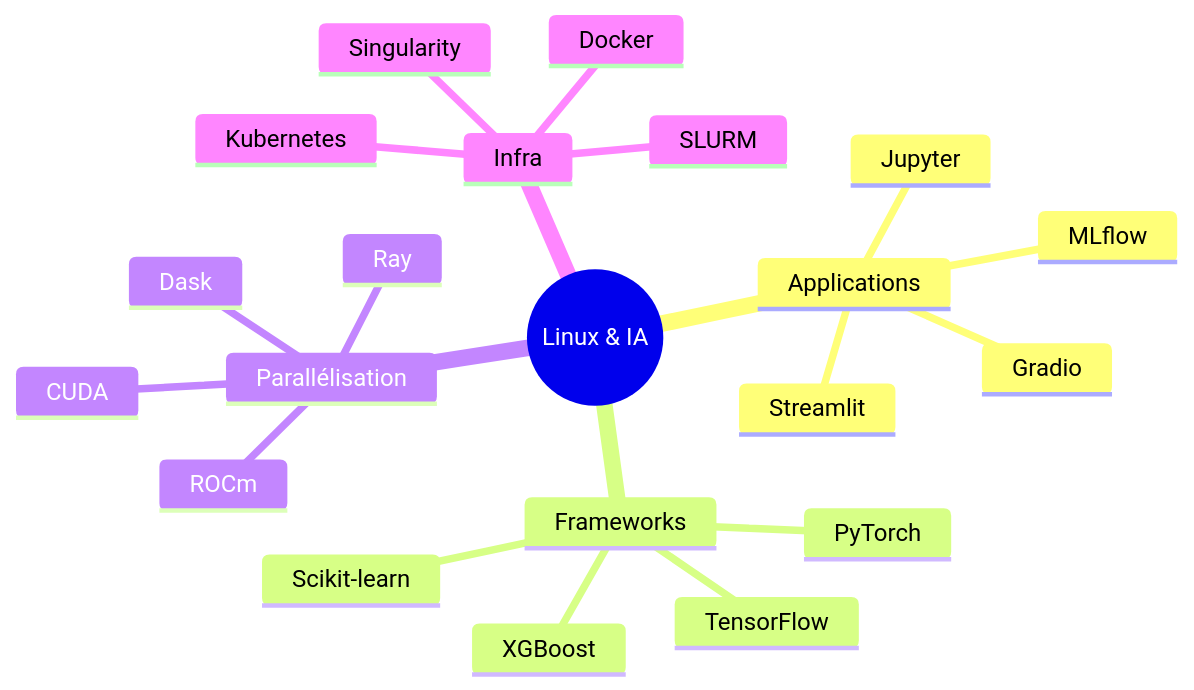
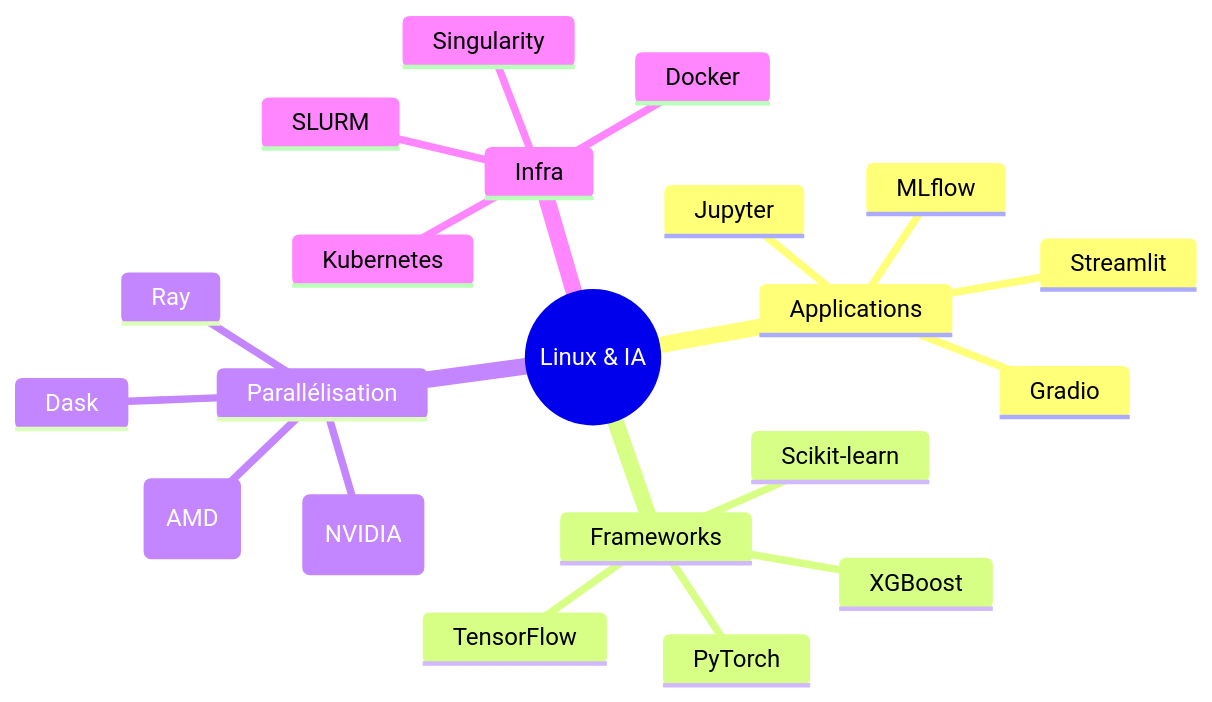
The first of 2 diagrams in 01-mise-en-place-ecosysteme-IA/Module 0 — Introduction à l’écosystème/d.md (haythem-rehouma/G1299), drawn with Mermaid before and after one commit. The commit also changed other lines of this file, not shown here.

````diff
--- a/01-mise-en-place-ecosysteme-IA/Module 0 — Introduction à l’écosystème/d.md
+++ b/01-mise-en-place-ecosysteme-IA/Module 0 — Introduction à l’écosystème/d.md
@@ -58,24 +38,24 @@
 ```mermaid
 mindmap
 root((Linux & IA))
   Applications
     Jupyter
     MLflow
     Streamlit
     Gradio
   Frameworks
     PyTorch
     TensorFlow
     Scikit-learn
     XGBoost
   Parallélisation
-    CUDA
-    ROCm
+    CUDA (NVIDIA)
+    ROCm (AMD)
     Dask
     Ray
   Infra
     Docker
     Kubernetes
     SLURM
     Singularity
 ```
````
